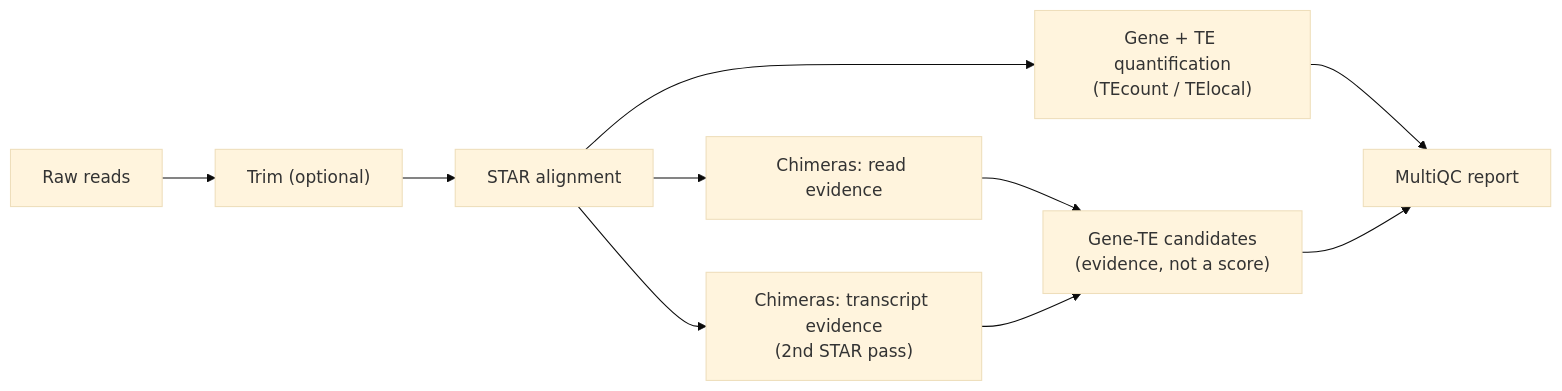
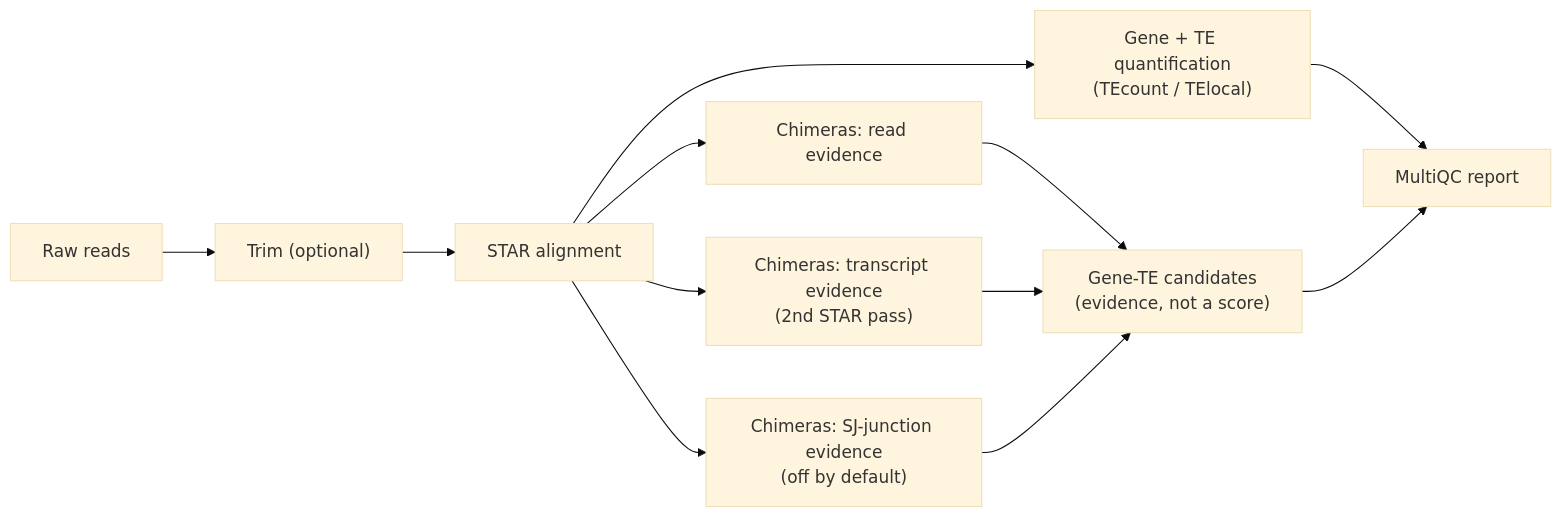
Before and after one commit to altintasali/TEtranscripts-pipe: the diagram in README.md, drawn with Mermaid (base theme). The commit also changed other lines of this file and 43 other files, not shown here.

````diff
--- a/README.md
+++ b/README.md
@@ -12,12 +12,14 @@
 ```mermaid
 flowchart LR
     reads["Raw reads"] --> trim["Trim (optional)"]
     trim --> align["STAR alignment"]
     align --> quant["Gene + TE quantification<br/>(TEcount / TElocal)"]
     align --> rdev["Chimeras: read evidence"]
     align --> asm["Chimeras: transcript evidence<br/>(2nd STAR pass)"]
+    align --> sjdev["Chimeras: SJ-junction evidence<br/>(off by default)"]
     rdev --> cand["Gene-TE candidates<br/>(evidence, not a score)"]
     asm --> cand
+    sjdev --> cand
     quant --> report["MultiQC report"]
     cand --> report
 ```
````
